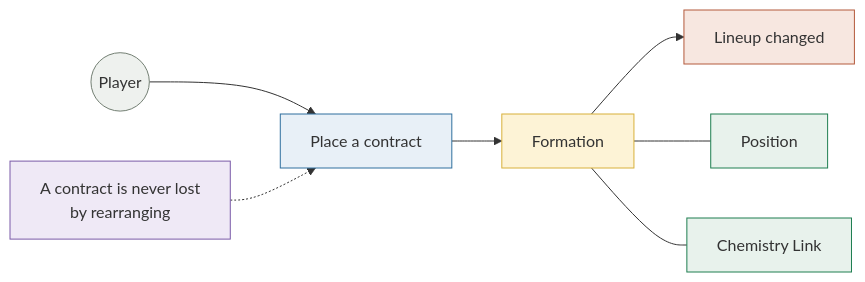
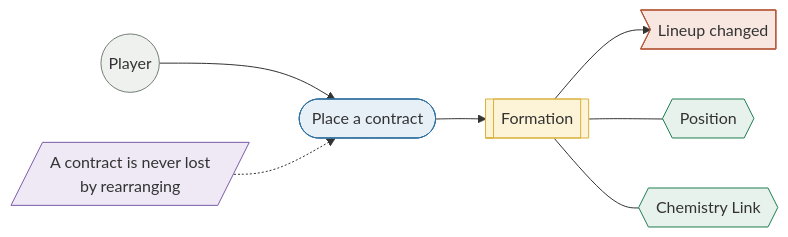
The fourth of 5 diagrams in docs/site/pages/overview/requirements.md (FantasyWiki/FantasyWiki), drawn with Mermaid before and after one commit. The commit also changed other lines of this file and 20 other files, not shown here.

````diff
--- a/docs/site/pages/overview/requirements.md
+++ b/docs/site/pages/overview/requirements.md
@@ -108,16 +137,16 @@
 ```mermaid
 flowchart LR
-  A(("Player")) --> C["Place a contract"] --> G["Formation"] --> E["Lineup changed"]
-  G --- V1["Position"]
-  G --- V2["Chemistry Link"]
-  P["A contract is never lost<br/>by rearranging"] -.-> C
+  A(("Player")) --> C(["Place a contract"]) --> G[["Formation"]] --> E>"Lineup changed"]
+  G --- V1{{"Position"}}
+  G --- V2{{"Chemistry Link"}}
+  P[/"A contract is never lost<br/>by rearranging"/] -.-> C
 
   classDef actor fill:#eef1ee,stroke:#737f73;
   classDef action fill:#e8f0f7,stroke:#2f6f9e;
   classDef agg fill:#fdf3d6,stroke:#d8b03a;
   classDef event fill:#f7e7e0,stroke:#b45a3c;
   classDef value fill:#e8f2ec,stroke:#1e7e50;
   classDef policy fill:#efe9f6,stroke:#7a5aa8;
   class A actor; class C action; class G agg; class E event;
   class V1,V2 value; class P policy;
 ```
````
